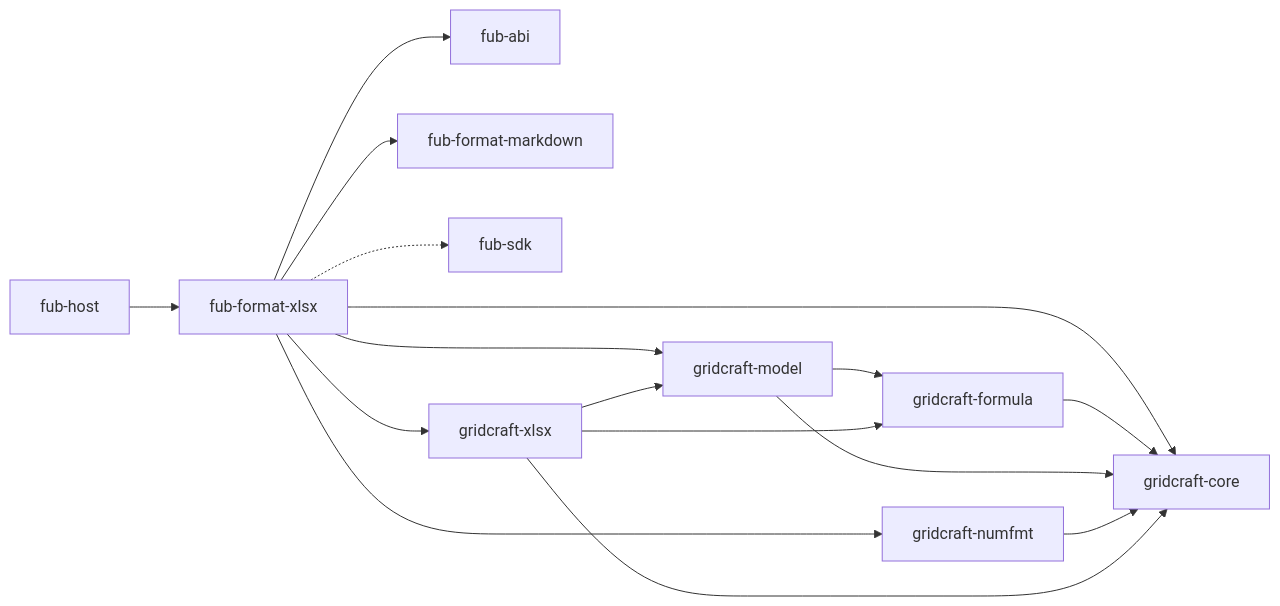
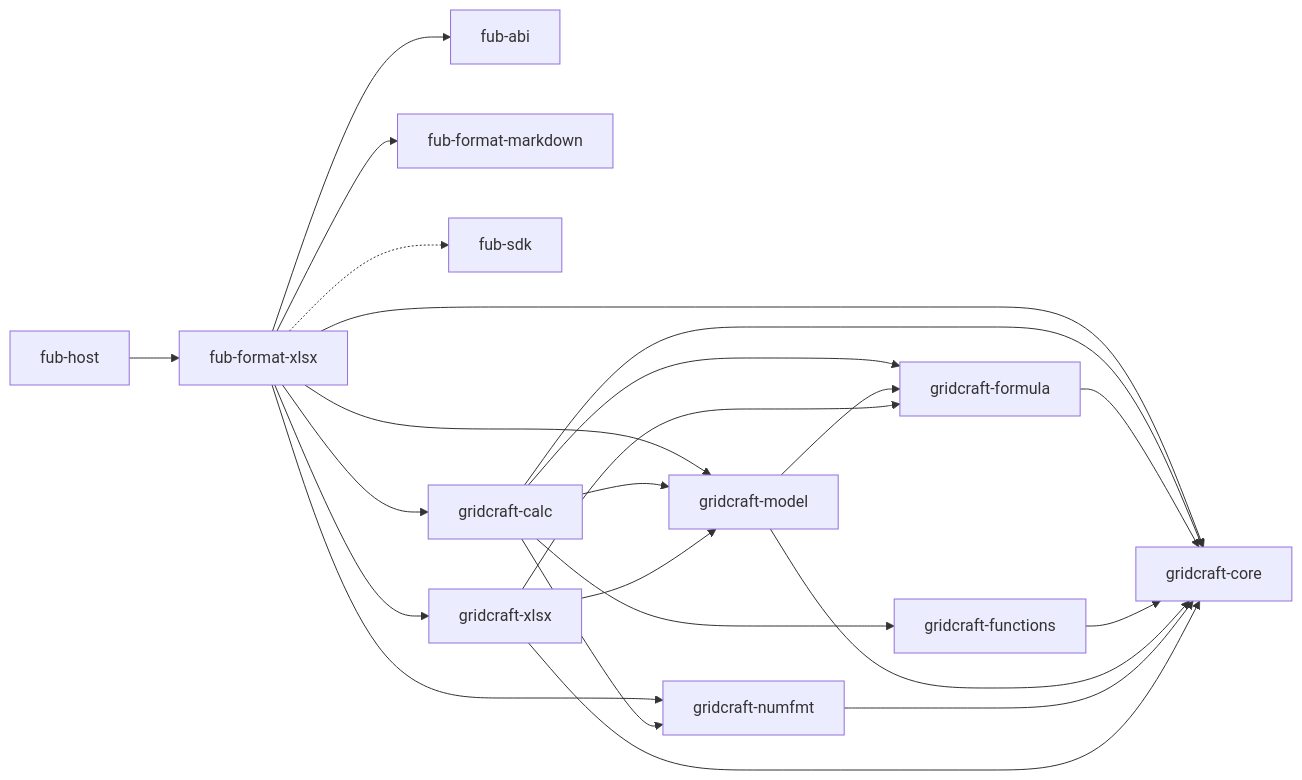
The third of 4 diagrams in docs/architecture/overview.md (Fubeo/Fub), drawn with Mermaid before and after one commit. The commit also changed other lines of this file and 12 other files, not shown here.

````diff
--- a/docs/architecture/overview.md
+++ b/docs/architecture/overview.md
@@ -157,32 +159,41 @@
 ```mermaid
 flowchart LR
     %% @grafo-dipendenze
     %% Il seguito del grafo: fub-format-xlsx e i crate di GridCraft.
 
     host["fub-host"]
     abi["fub-abi"]
     markdown["fub-format-markdown"]
     sdk["fub-sdk"]
     xlsx["fub-format-xlsx"]
+    gcalc["gridcraft-calc"]
     gcore["gridcraft-core"]
     gformula["gridcraft-formula"]
+    gfunctions["gridcraft-functions"]
     gnumfmt["gridcraft-numfmt"]
     gmodel["gridcraft-model"]
     gxlsx["gridcraft-xlsx"]
 
     host --> xlsx
     xlsx --> abi
     xlsx --> markdown
     xlsx -.-> sdk
+    xlsx --> gcalc
     xlsx --> gcore
     xlsx --> gmodel
     xlsx --> gnumfmt
     xlsx --> gxlsx
+    gcalc --> gcore
+    gcalc --> gformula
+    gcalc --> gfunctions
+    gcalc --> gmodel
+    gcalc --> gnumfmt
     gformula --> gcore
+    gfunctions --> gcore
     gmodel --> gcore
     gmodel --> gformula
     gnumfmt --> gcore
     gxlsx --> gcore
     gxlsx --> gformula
     gxlsx --> gmodel
 ```
````
